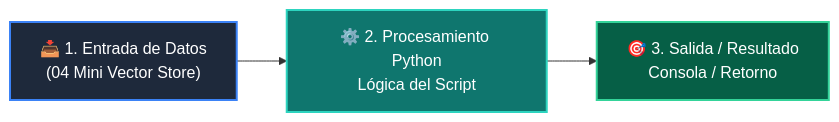
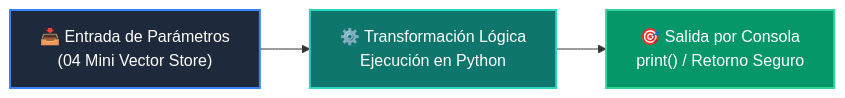
Before and after one commit to wisrovi/wisrovi-python: the diagram in 03-agentes-ia/clase-05-embeddings-y-bases-vectoriales/ejemplos/ejemplo_04_mini_vector_store/README.md, drawn with Mermaid. The commit also changed other lines of this file and 226 other files, not shown here.

Commit message:
docs: elevate all repository READMEs to world-class mastery standard with rich pedagogical architecture, custom Mermaids, and professional styling

````diff
--- a/03-agentes-ia/clase-05-embeddings-y-bases-vectoriales/ejemplos/ejemplo_04_mini_vector_store/README.md
+++ b/03-agentes-ia/clase-05-embeddings-y-bases-vectoriales/ejemplos/ejemplo_04_mini_vector_store/README.md
@@ -12,9 +19,9 @@
 ```mermaid
 flowchart LR
-    A["📥 1. Entrada de Datos<br/>(04 Mini Vector Store)"] --> B["⚙️ 2. Procesamiento Python<br/>Lógica del Script"]
-    B --> C["🎯 3. Salida / Resultado<br/>Consola / Retorno"]
+    A["📥 Entrada de Parámetros<br/>(04 Mini Vector Store)"] --> B["⚙️ Transformación Lógica<br/>Ejecución en Python"]
+    B --> C["🎯 Salida por Consola<br/>print() / Retorno Seguro"]
 
-    style A fill:#1e293b,color:#fff,stroke:#3b82f6,stroke-width:2px
-    style B fill:#0f766e,color:#fff,stroke:#2dd4bf,stroke-width:2px
-    style C fill:#065f46,color:#fff,stroke:#34d399,stroke-width:2px
+    style A fill:#1e293b,color:#ffffff,stroke:#3b82f6,stroke-width:2px
+    style B fill:#0f766e,color:#ffffff,stroke:#2dd4bf,stroke-width:2px
+    style C fill:#059669,color:#ffffff,stroke:#34d399,stroke-width:2px
 ```
````
